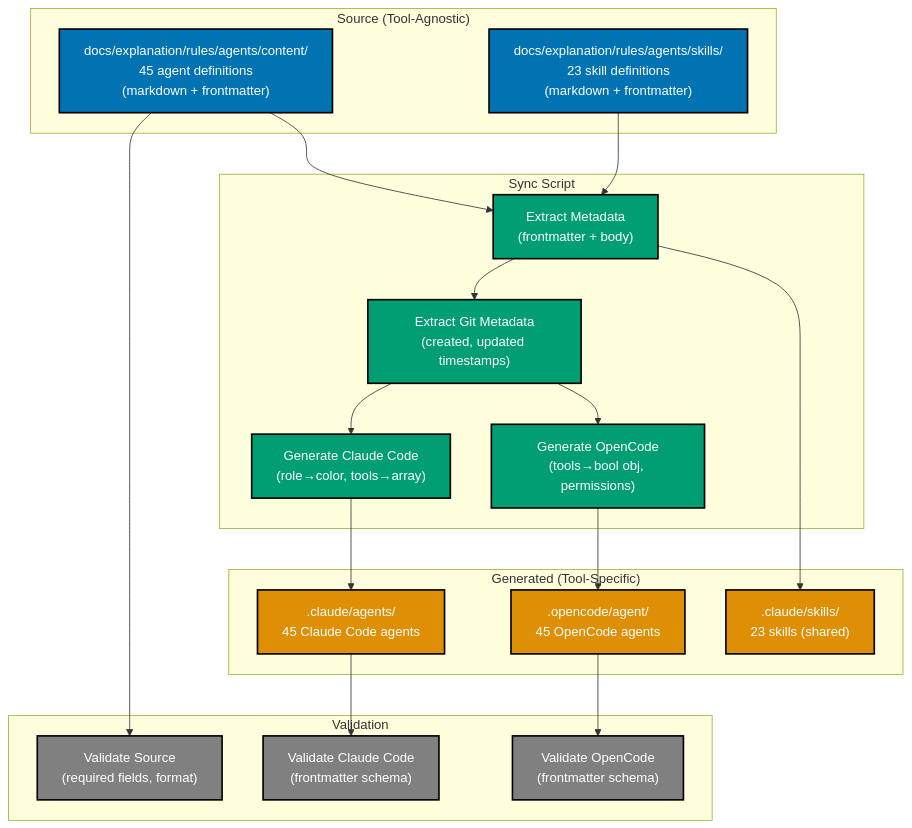
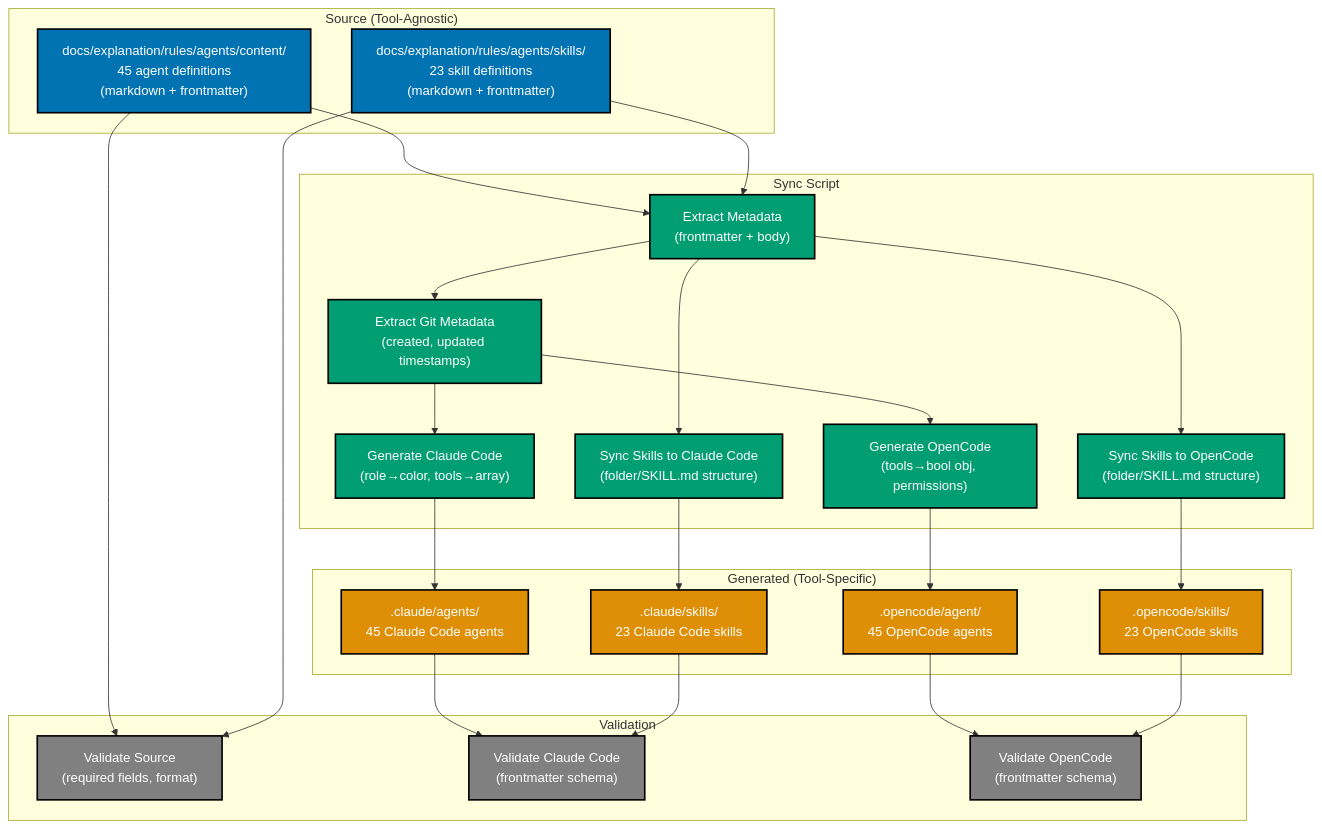
One commit to wahidyankf/open-sharia-enterprise changed the diagram in plans/backlog/2026-01-04__agents-docs-source-of-truth/tech-docs.md. Above: the diagram before and after it, drawn with Mermaid. The commit also changed other lines of this file and 3 other files, not shown here.

First line of the commit message:
docs(plan): update plan for dual skill output (.claude/skills/ + .opencode/skills/)

````diff
--- a/plans/backlog/2026-01-04__agents-docs-source-of-truth/tech-docs.md
+++ b/plans/backlog/2026-01-04__agents-docs-source-of-truth/tech-docs.md
@@ -5,52 +5,61 @@
 ```mermaid
 %% Uses accessible colors (color-blind friendly palette):
 %% - Blue (#0173B2) for source definitions (tool-agnostic)
 %% - Orange (#DE8F05) for generated formats (tool-specific)
 %% - Teal (#029E73) for sync script processes
 %% - Gray (#808080) for validation processes
 %% Tested for: protanopia, deuteranopia, tritanopia
 %% All colors meet WCAG AA contrast requirements
 
 graph TB
     subgraph "Source (Tool-Agnostic)"
         AgentDocs["docs/explanation/rules/agents/content/<br/>45 agent definitions<br/>(markdown + frontmatter)"]:::blue
         SkillDocs["docs/explanation/rules/agents/skills/<br/>23 skill definitions<br/>(markdown + frontmatter)"]:::blue
     end
 
     subgraph "Sync Script"
         Extract["Extract Metadata<br/>(frontmatter + body)"]:::teal
         MapCC["Generate Claude Code<br/>(role→color, tools→array)"]:::teal
         MapOC["Generate OpenCode<br/>(tools→bool obj, permissions)"]:::teal
+        MapSkillsCC["Sync Skills to Claude Code<br/>(folder/SKILL.md structure)"]:::teal
+        MapSkillsOC["Sync Skills to OpenCode<br/>(folder/SKILL.md structure)"]:::teal
         GitMeta["Extract Git Metadata<br/>(created, updated timestamps)"]:::teal
     end
 
     subgraph "Generated (Tool-Specific)"
         CCAgents[".claude/agents/<br/>45 Claude Code agents"]:::orange
         OCAgents[".opencode/agent/<br/>45 OpenCode agents"]:::orange
-        Skills[".claude/skills/<br/>23 skills (shared)"]:::orange
+        CCSkills[".claude/skills/<br/>23 Claude Code skills"]:::orange
+        OCskills[".opencode/skills/<br/>23 OpenCode skills"]:::orange
     end
 
     subgraph "Validation"
         ValSrc["Validate Source<br/>(required fields, format)"]:::gray
         ValCC["Validate Claude Code<br/>(frontmatter schema)"]:::gray
         ValOC["Validate OpenCode<br/>(frontmatter schema)"]:::gray
     end
 
     AgentDocs --> Extract
     SkillDocs --> Extract
     Extract --> GitMeta
     GitMeta --> MapCC
     GitMeta --> MapOC
     MapCC --> CCAgents
     MapOC --> OCAgents
-    Extract --> Skills
+    Extract --> MapSkillsCC
+    Extract --> MapSkillsOC
+    MapSkillsCC --> CCSkills
+    MapSkillsOC --> OCskills
 
     CCAgents --> ValCC
     OCAgents --> ValOC
+    CCSkills --> ValCC
+    OCskills --> ValOC
     AgentDocs --> ValSrc
+    SkillDocs --> ValSrc
 
     classDef blue fill:#0173B2,stroke:#000000,color:#FFFFFF,stroke-width:2px
     classDef orange fill:#DE8F05,stroke:#000000,color:#FFFFFF,stroke-width:2px
     classDef teal fill:#029E73,stroke:#000000,color:#FFFFFF,stroke-width:2px
     classDef gray fill:#808080,stroke:#000000,color:#FFFFFF,stroke-width:2px
 ```
````
